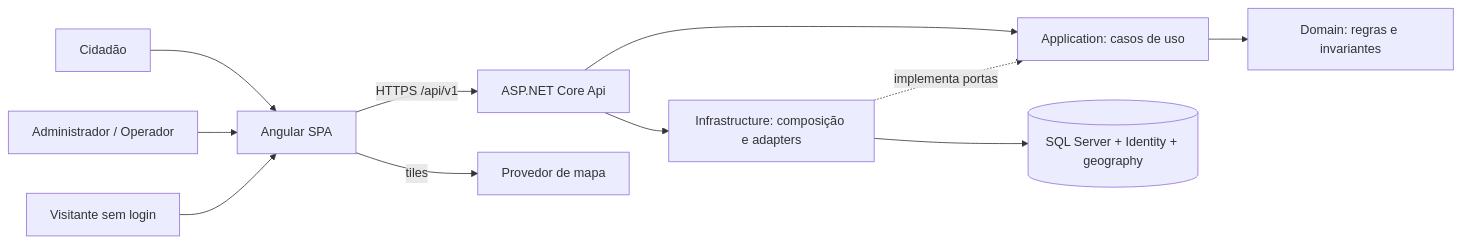
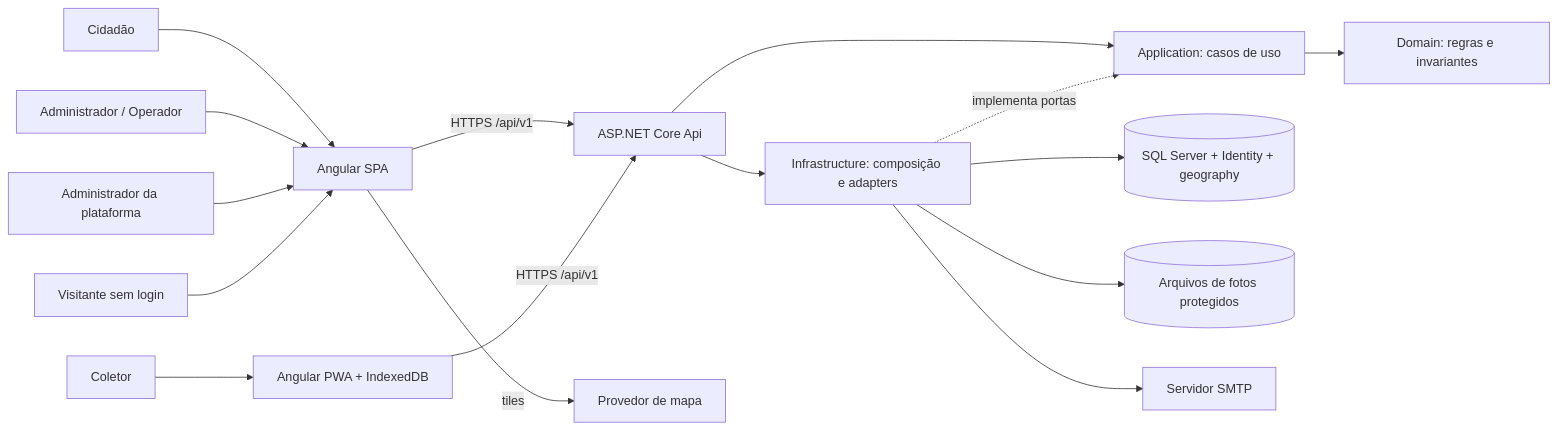
Before and after one commit to ThiaggoSylva/coleta-seletiva-2026: the first of 6 diagrams in docs/tdd.md, drawn with Mermaid. The commit also changed other lines of this file and 1 other file, not shown here.

````diff
--- a/docs/tdd.md
+++ b/docs/tdd.md
@@ -103,13 +141,18 @@
 ```mermaid
 flowchart LR
     C[Cidadão] --> W[Angular SPA]
     O[Administrador / Operador] --> W
+    K[Coletor] --> PWA[Angular PWA + IndexedDB]
+    A[Administrador da plataforma] --> W
     P[Visitante sem login] --> W
     W -->|HTTPS /api/v1| API[ASP.NET Core Api]
+    PWA -->|HTTPS /api/v1| API
     API --> APP[Application: casos de uso]
     APP --> D[Domain: regras e invariantes]
     API --> I[Infrastructure: composição e adapters]
     I -. implementa portas .-> APP
     I --> SQL[(SQL Server + Identity + geography)]
+    I --> FS[(Arquivos de fotos protegidos)]
+    I --> SMTP[Servidor SMTP]
     W -->|tiles| MAP[Provedor de mapa]
 ```
````
